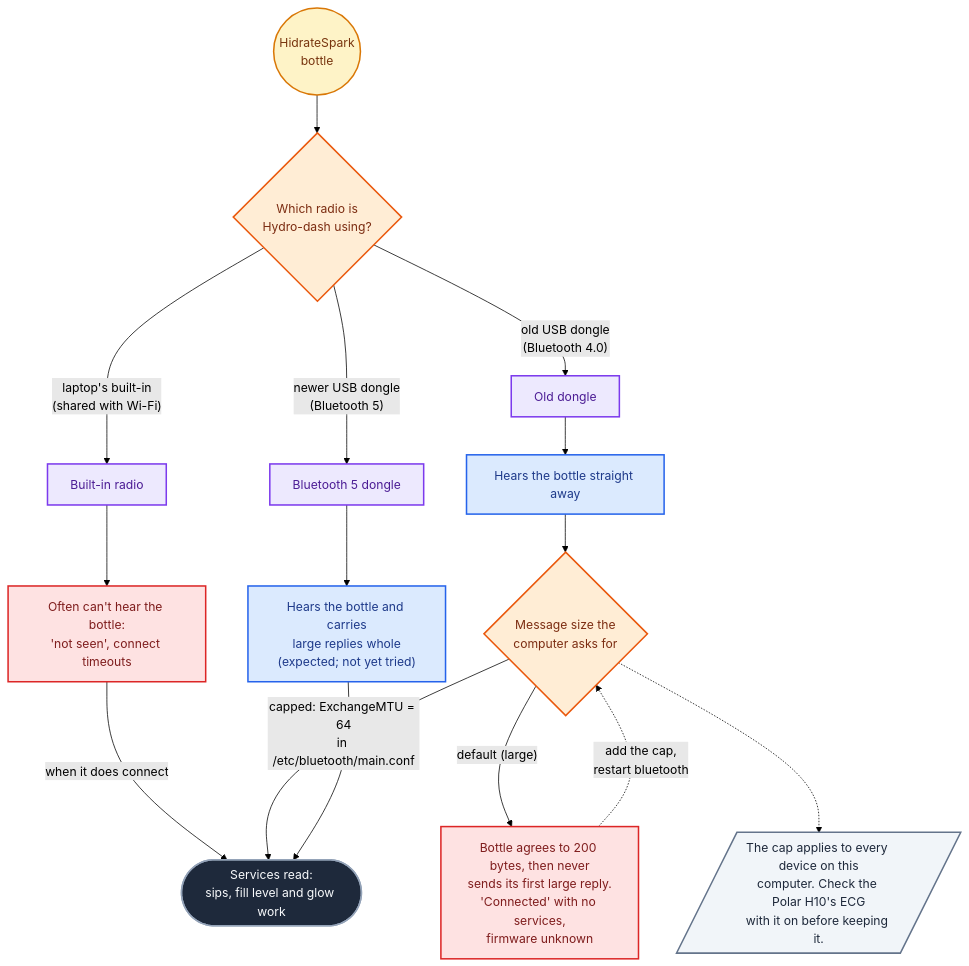
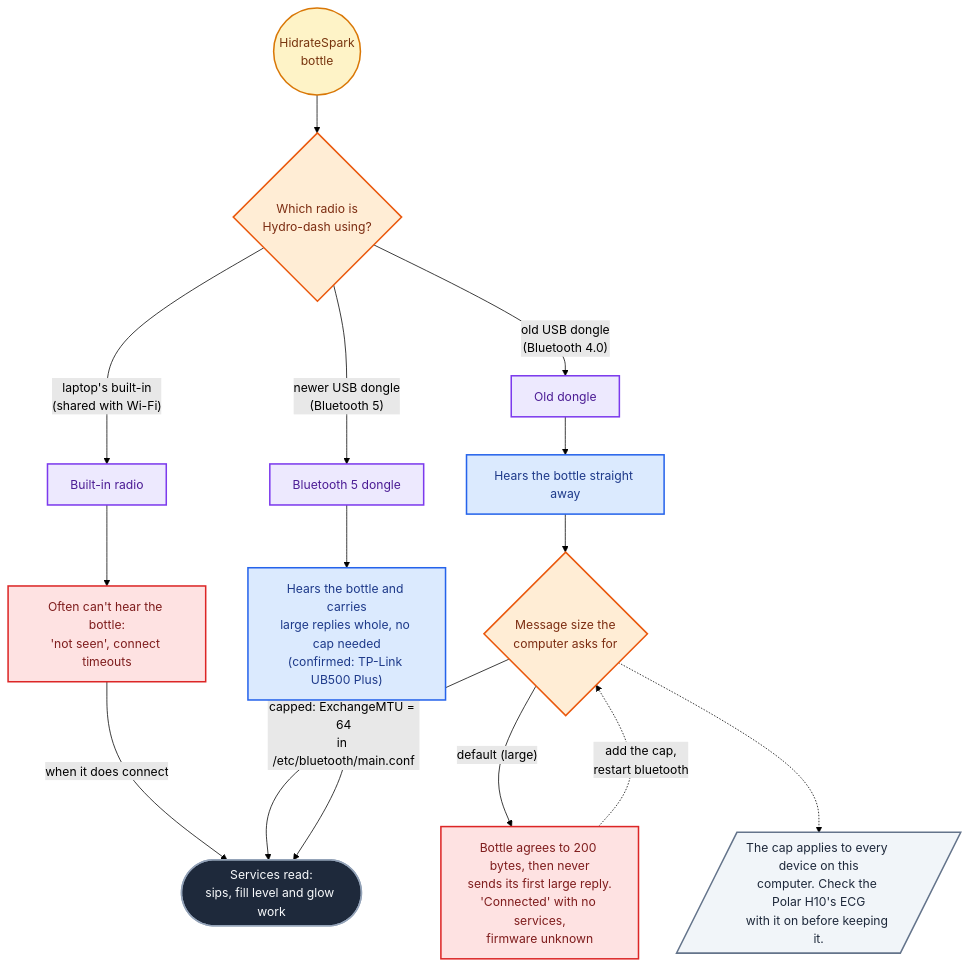
One commit to Meapy011/Bio-dash changed the eighth of 9 diagrams in V5.0_Dashboard/docs/ARCHITECTURE.md. Above: the diagram before and after it, drawn with Mermaid (forest theme). The commit also changed 20 other files, not shown here.

````diff
--- a/V5.0_Dashboard/docs/ARCHITECTURE.md
+++ b/V5.0_Dashboard/docs/ARCHITECTURE.md
@@ -361,42 +361,42 @@
 ```mermaid
 flowchart TB
     B(("HidrateSpark<br/>bottle")) --> Q{"Which radio is<br/>Hydro-dash using?"}
 
     Q -->|"laptop's built-in<br/>(shared with Wi-Fi)"| I["Built-in radio"]
     Q -->|"old USB dongle<br/>(Bluetooth 4.0)"| O["Old dongle"]
     Q -->|"newer USB dongle<br/>(Bluetooth 5)"| N["Bluetooth 5 dongle"]
 
     I --> I1["Often can't hear the bottle:<br/>'not seen', connect timeouts"]
     I1 -->|when it does connect| OK
 
     O --> O1["Hears the bottle straight away"]
     O1 --> M{"Message size the<br/>computer asks for"}
     M -->|"default (large)"| X["Bottle agrees to 200 bytes, then never<br/>sends its first large reply.<br/>'Connected' with no services,<br/>firmware unknown"]
     M -->|"capped: ExchangeMTU = 64<br/>in /etc/bluetooth/main.conf"| OK
     X -.->|add the cap,<br/>restart bluetooth| M
 
-    N --> N1["Hears the bottle and carries<br/>large replies whole<br/>(expected; not yet tried)"]
+    N --> N1["Hears the bottle and carries<br/>large replies whole, no cap needed<br/>(confirmed: TP-Link UB500 Plus)"]
     N1 --> OK
 
     OK(["Services read:<br/>sips, fill level and glow work"])
     CAP[/"The cap applies to every device on this<br/>computer. Check the Polar H10's ECG<br/>with it on before keeping it."/]
     M -.-> CAP
 
     classDef device fill:#FEF3C7,stroke:#D97706,color:#78350F,stroke-width:2px
     classDef radio fill:#EDE9FE,stroke:#7C3AED,color:#4C1D95,stroke-width:2px
     classDef worker fill:#DBEAFE,stroke:#2563EB,color:#1E3A8A,stroke-width:2px
     classDef app fill:#CCFBF1,stroke:#0D9488,color:#134E4A,stroke-width:2px
     classDef file fill:#F1F5F9,stroke:#64748B,color:#1E293B,stroke-width:2px
     classDef store fill:#DCFCE7,stroke:#16A34A,color:#14532D,stroke-width:2px
     classDef ui fill:#FCE7F3,stroke:#DB2777,color:#831843,stroke-width:2px
     classDef decision fill:#FFEDD5,stroke:#EA580C,color:#7C2D12,stroke-width:2px
     classDef warn fill:#FEE2E2,stroke:#DC2626,color:#7F1D1D,stroke-width:2px
     classDef start fill:#1E293B,stroke:#94A3B8,color:#F8FAFC,stroke-width:2px
     class B device
     class I,O,N radio
     class Q,M decision
     class I1,X warn
     class O1,N1 worker
     class OK start
     class CAP file
 ```
````
